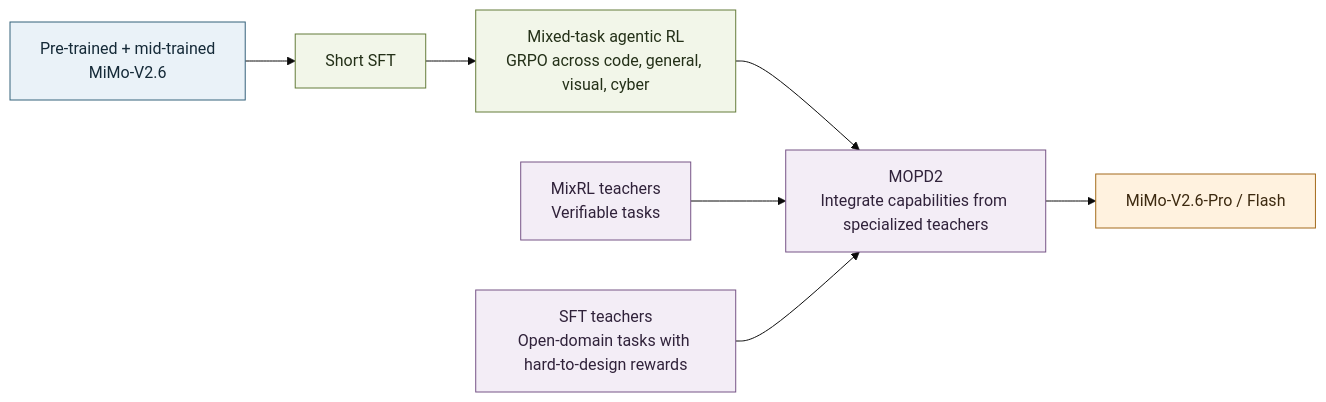
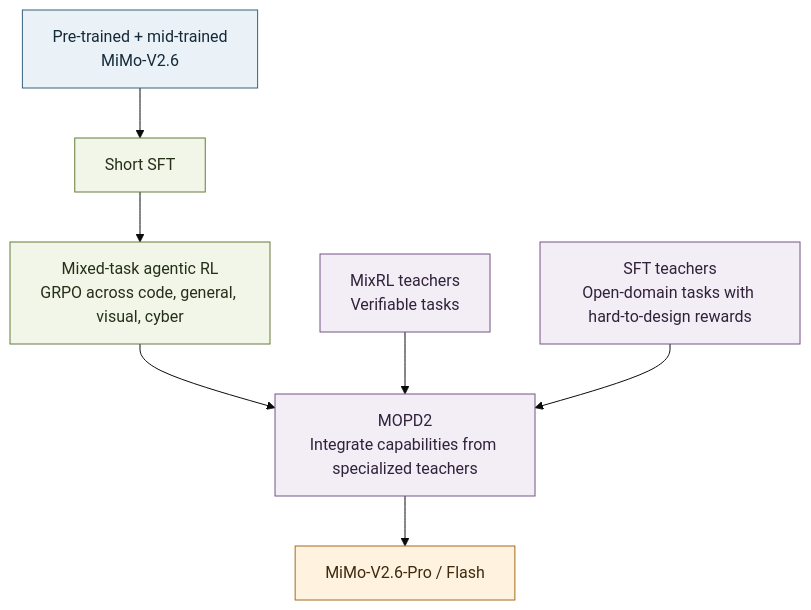
Before and after one commit to ankit-pn/mimo-v2.6-reading-guide: the first of 3 diagrams in POST-TRAINING.md, drawn with Mermaid (base theme). The commit also changed other lines of this file, not shown here.

Commit message:
Make post-training diagrams vertical

````diff
--- a/POST-TRAINING.md
+++ b/POST-TRAINING.md
@@ -7,19 +7,19 @@
 ```mermaid
-flowchart LR
+flowchart TD
     A["Pre-trained + mid-trained<br/>MiMo-V2.6"] --> B["Short SFT"]
     B --> C["Mixed-task agentic RL<br/>GRPO across code, general, visual, cyber"]
     C --> D["MOPD2<br/>Integrate capabilities from specialized teachers"]
     D --> E["MiMo-V2.6-Pro / Flash"]
 
     V["MixRL teachers<br/>Verifiable tasks"] --> D
     O["SFT teachers<br/>Open-domain tasks with hard-to-design rewards"] --> D
 
     classDef start fill:#eaf2f8,stroke:#35627a,color:#152a38
     classDef train fill:#f2f6e9,stroke:#647c3a,color:#243018
     classDef transfer fill:#f3edf6,stroke:#765486,color:#30223a
     classDef result fill:#fff2df,stroke:#a46b1c,color:#3d2a10
     class A start
     class B,C train
     class D,V,O transfer
     class E result
 ```
````
